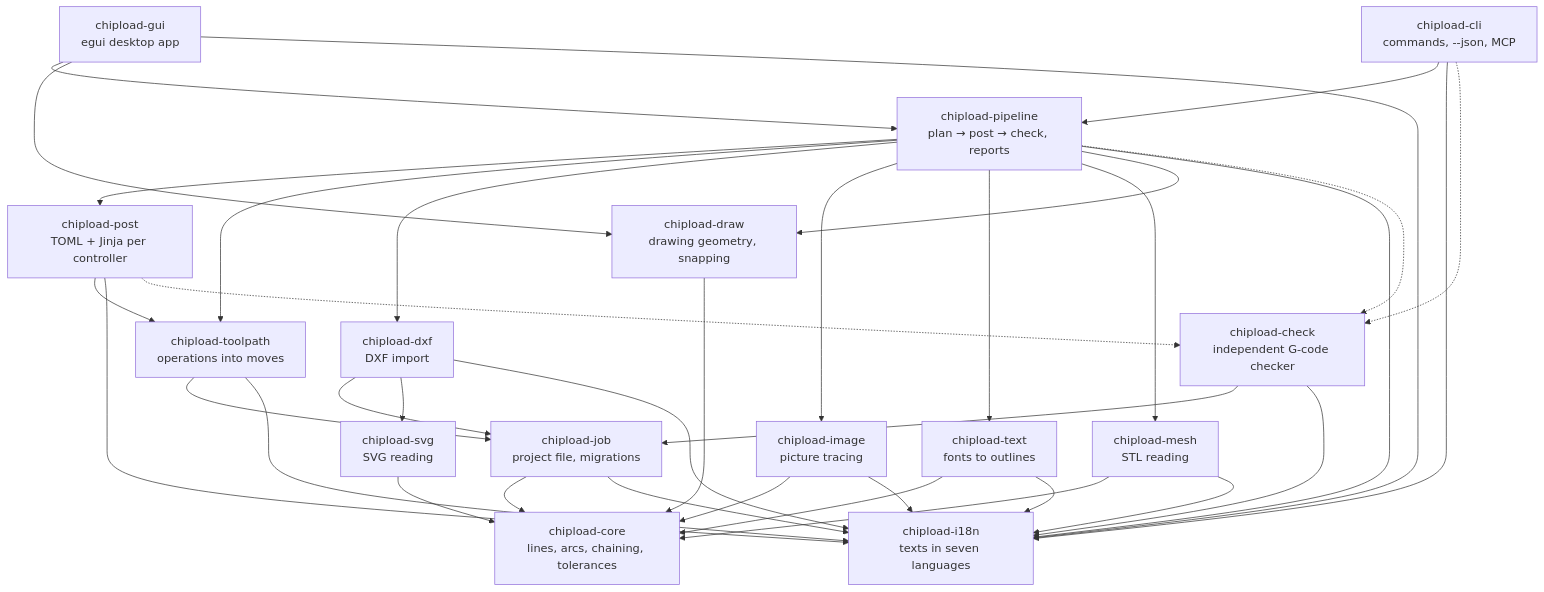
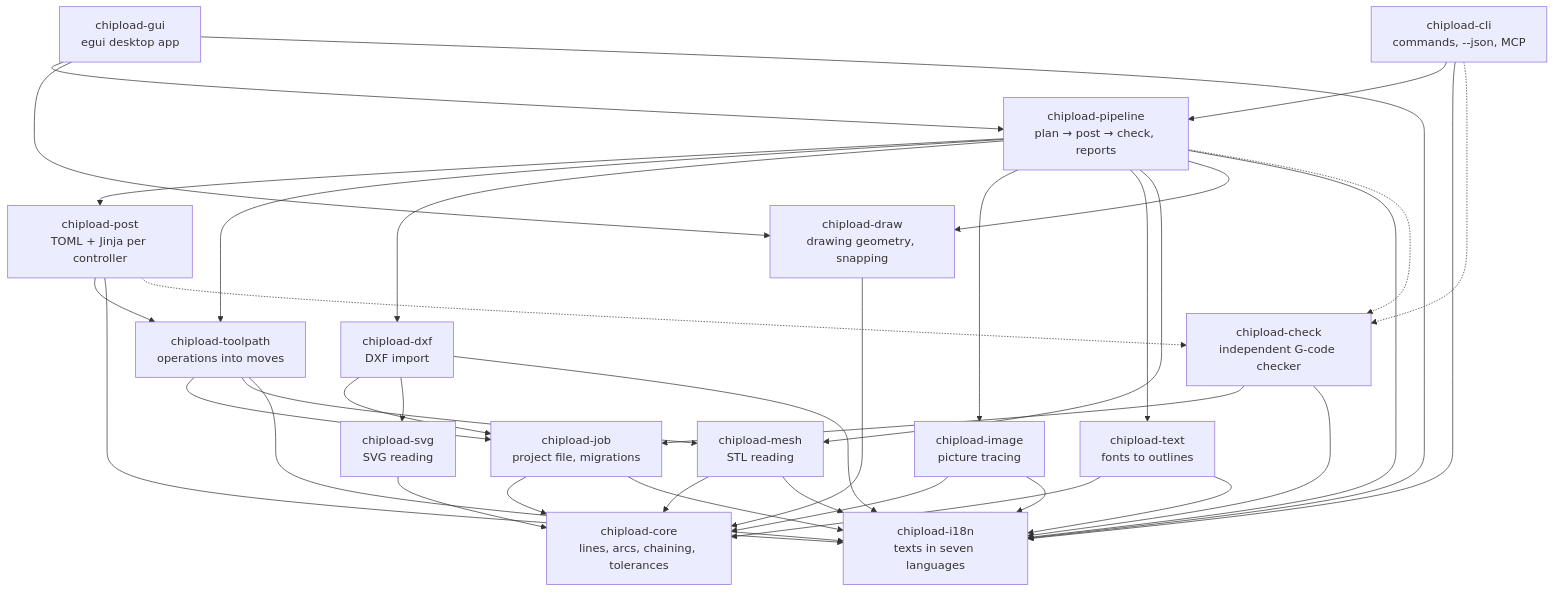
The diagram in docs/architecture.md (chipload/chipload), drawn with Mermaid before and after one commit. The commit also changed other lines of this file and 5 other files, not shown here.

````diff
--- a/docs/architecture.md
+++ b/docs/architecture.md
@@ -15,37 +15,38 @@
 ```mermaid
 flowchart TB
     gui["chipload-gui<br/>egui desktop app"] --> pipeline
     cli["chipload-cli<br/>commands, --json, MCP"] --> pipeline
     pipeline["chipload-pipeline<br/>plan → post → check, reports"] --> post
     pipeline --> toolpath & dxf & image & text & mesh
     post["chipload-post<br/>TOML + Jinja per controller"] --> toolpath
     toolpath["chipload-toolpath<br/>operations into moves"] --> job
+    toolpath --> mesh
     dxf["chipload-dxf<br/>DXF import"] --> job
     image["chipload-image<br/>picture tracing"] --> core
     dxf --> svg
     svg["chipload-svg<br/>SVG reading"] --> core
     text["chipload-text<br/>fonts to outlines"] --> core
     mesh["chipload-mesh<br/>STL reading"] --> core
     draw["chipload-draw<br/>drawing geometry, snapping"] --> core
     gui --> draw
     pipeline --> draw
     job["chipload-job<br/>project file, migrations"] --> core
     core["chipload-core<br/>lines, arcs, chaining, tolerances"]
     i18n["chipload-i18n<br/>texts in seven languages"]
     gui --> i18n
     cli --> i18n
     job --> i18n
     toolpath --> i18n
     dxf --> i18n
     image --> i18n
     text --> i18n
     mesh --> i18n
     post --> i18n
     pipeline --> i18n
 
     check["chipload-check<br/>independent G-code checker"] --> job
     check --> i18n
     pipeline -.-> check
     post -.-> check
     cli -.-> check
 ```
````
